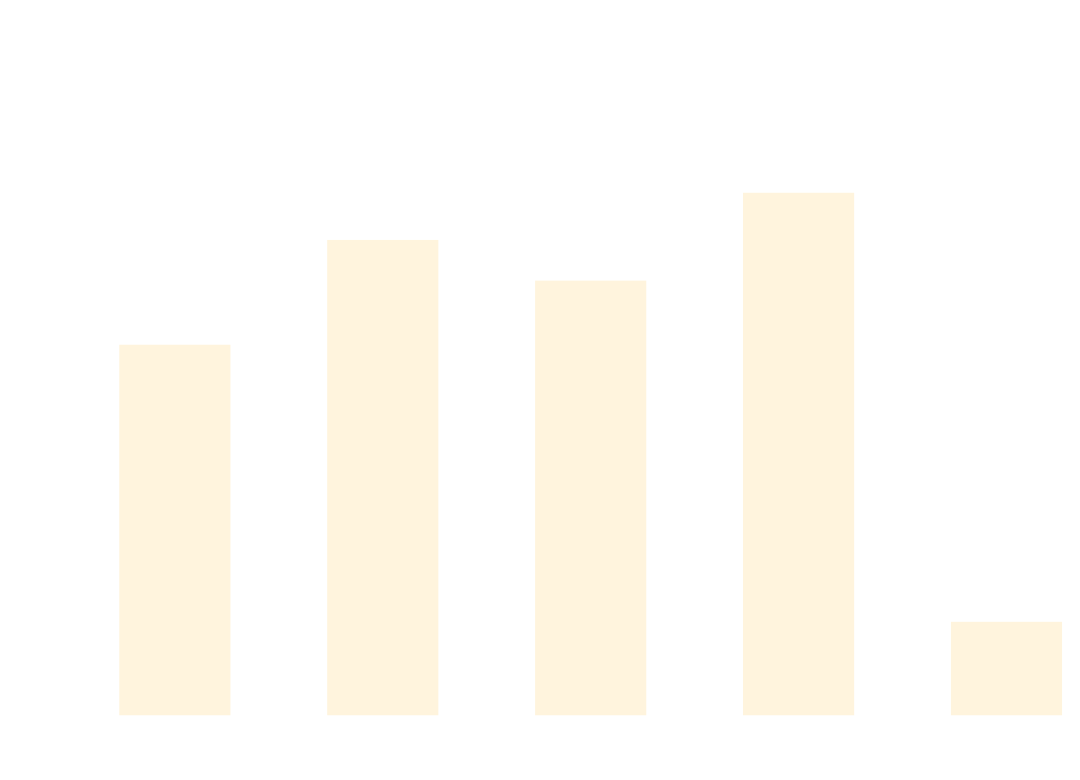
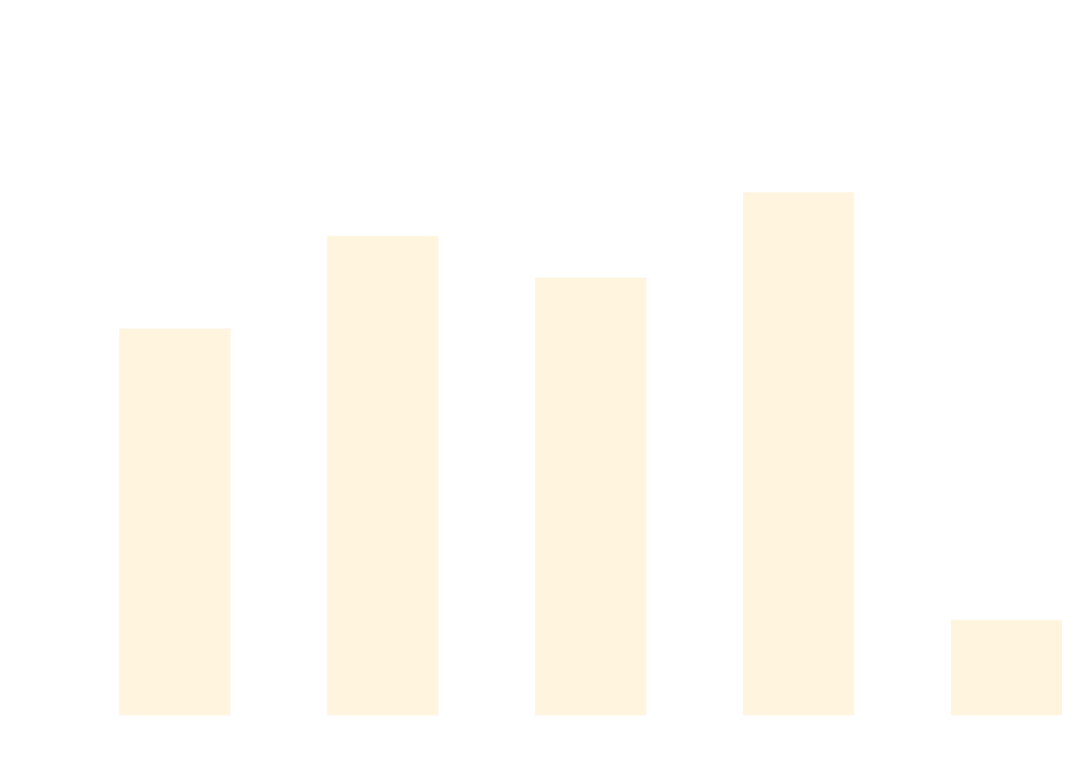
The diagram in docs/docs/benchmarks/AsyncTests.md (weiyilai/TUnit), drawn with Mermaid before and after one commit. The commit also changed other lines of this file and 17 other files, not shown here.

````diff
--- a/docs/docs/benchmarks/AsyncTests.md
+++ b/docs/docs/benchmarks/AsyncTests.md
@@ -27,37 +27,37 @@
 ```mermaid
 %%{init: {
   'theme':'base',
   'themeVariables': {
     'primaryColor': '#2563eb',
     'primaryTextColor': '#ffffff',
     'primaryBorderColor': '#1e40af',
     'lineColor': '#6b7280',
     'secondaryColor': '#7c3aed',
     'tertiaryColor': '#dc2626',
     'background': '#ffffff',
     'mainBkg': '#2563eb',
     'secondBkg': '#7c3aed',
     'tertiaryBkg': '#dc2626',
     'clusterBkg': '#f3f4f6',
     'edgeLabelBackground': '#ffffff',
     'tertiaryTextColor': '#1f2937',
     'pie1': '#2563eb',
     'pie2': '#7c3aed',
     'pie3': '#dc2626',
     'pie4': '#f59e0b',
     'pie5': '#10b981',
     'pie6': '#06b6d4',
     'pie7': '#ec4899',
     'pie8': '#6366f1',
     'pie9': '#84cc16',
     'pie10': '#f97316',
     'pie11': '#14b8a6',
     'pie12': '#a855f7'
   }
 }}%%
 xychart-beta
   title "AsyncTests Performance Comparison"
   x-axis ["TUnit", "NUnit", "MSTest", "xUnit3", "TUnit_AOT"]
-  y-axis "Time (ms)" 0 --> 926
-  bar [541.5, 699.7, 638.3, 770.9, 123.3]
+  y-axis "Time (ms)" 0 --> 905
+  bar [553.1, 689.8, 628.2, 754, 123]
 ```
````
